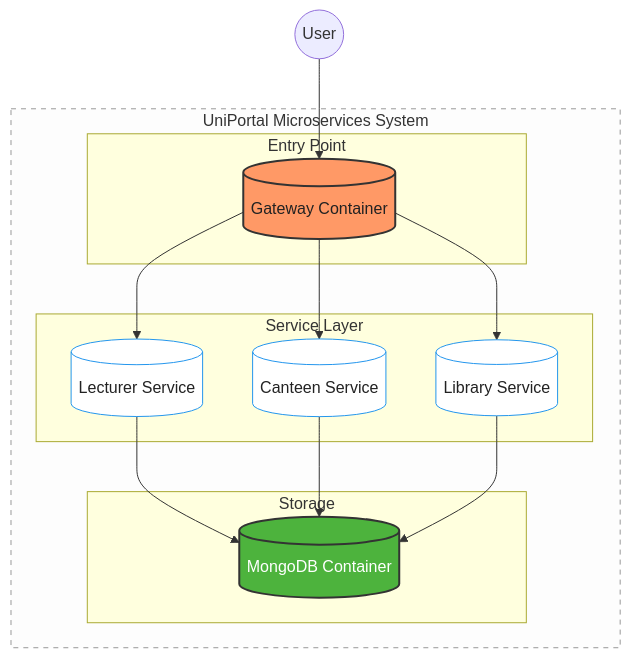
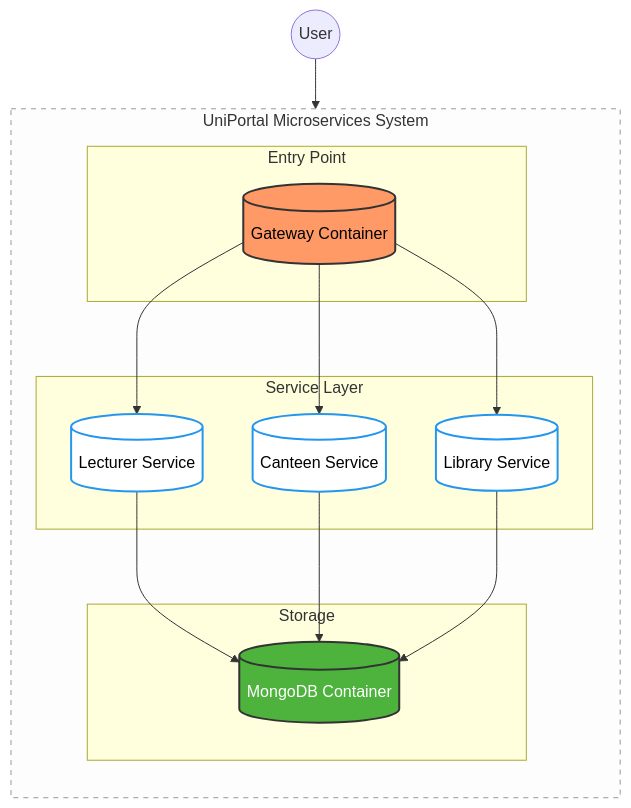
Before and after one commit to thaminuZs/uni-portal-microservices: the diagram in README.md, drawn with Mermaid.

Commit message:
md update 9

````diff
--- a/README.md
+++ b/README.md
@@ -3,38 +3,39 @@
 ```mermaid
 graph TD
     User((User)) --> Gateway
 
-    subgraph SystemBoundary [UniPortal Microservices System]
-        style SystemBoundary fill:#fdfdfd,stroke:#999,stroke-dasharray: 5 5
-
-        subgraph External [Entry Point]
+    subgraph SystemBoundary ["UniPortal Microservices System"]
+        direction TB
+        
+        subgraph External ["Entry Point"]
             Gateway[("Gateway Container")]
         end
 
-        subgraph LogicTier [Service Layer]
+        subgraph LogicTier ["Service Layer"]
             Lecturer[("Lecturer Service")]
             Canteen[("Canteen Service")]
             Library[("Library Service")]
         end
 
-        subgraph DataTier [Storage]
+        subgraph DataTier ["Storage"]
             DB[("MongoDB Container")]
         end
     end
 
     %% Communication Flow
     Gateway --> Lecturer
     Gateway --> Canteen
     Gateway --> Library
 
     Lecturer --> DB
     Canteen --> DB
     Library --> DB
 
-    %% Styling
-    style Gateway fill:#f96,stroke:#333,stroke-width:2px,color:#222
+    %% Enhanced Styling for Visibility
+    style SystemBoundary fill:#fdfdfd,stroke:#999,stroke-dasharray: 5 5,color:#333
+    style Gateway fill:#f96,stroke:#333,stroke-width:2px,color:#000
     style DB fill:#4db33d,stroke:#333,stroke-width:2px,color:#fff
-    style Lecturer fill:#fff,stroke:#2496ed,color:#222
-    style Canteen fill:#fff,stroke:#2496ed,color:#222
-    style Library fill:#fff,stroke:#2496ed,color:#222
+    style Lecturer fill:#fff,stroke:#2496ed,stroke-width:2px,color:#000
+    style Canteen fill:#fff,stroke:#2496ed,stroke-width:2px,color:#000
+    style Library fill:#fff,stroke:#2496ed,stroke-width:2px,color:#000
 ```
````
